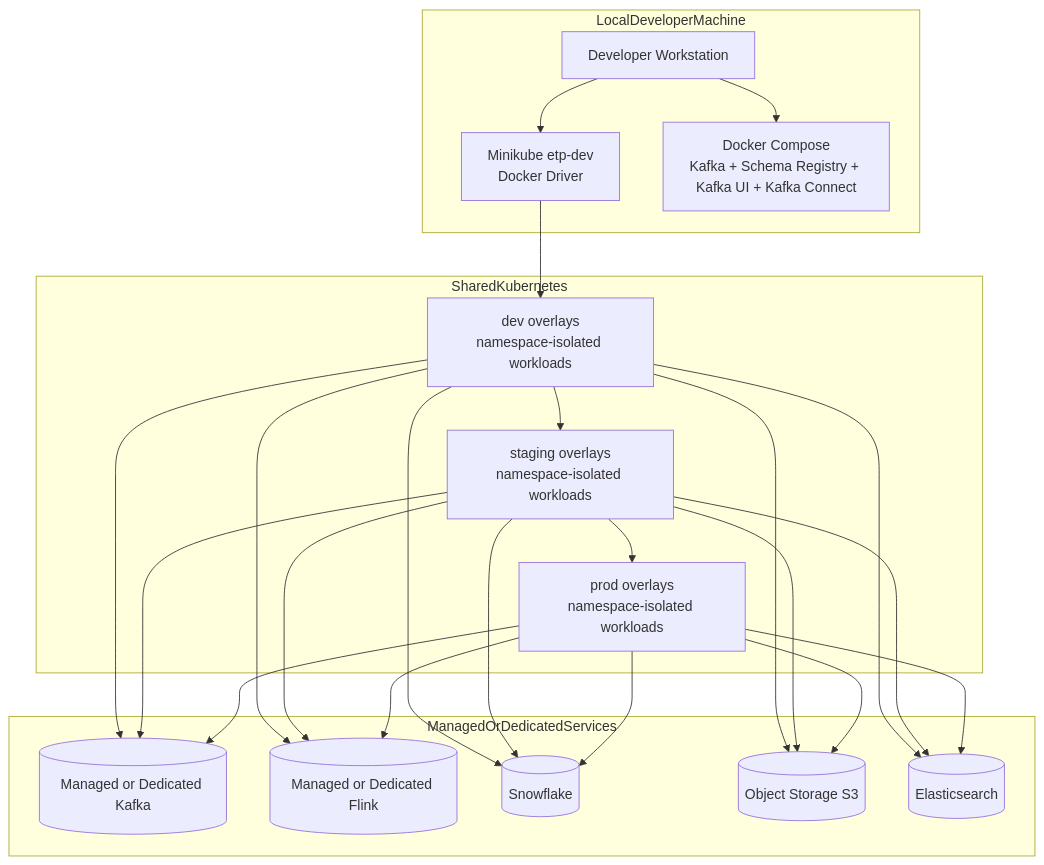
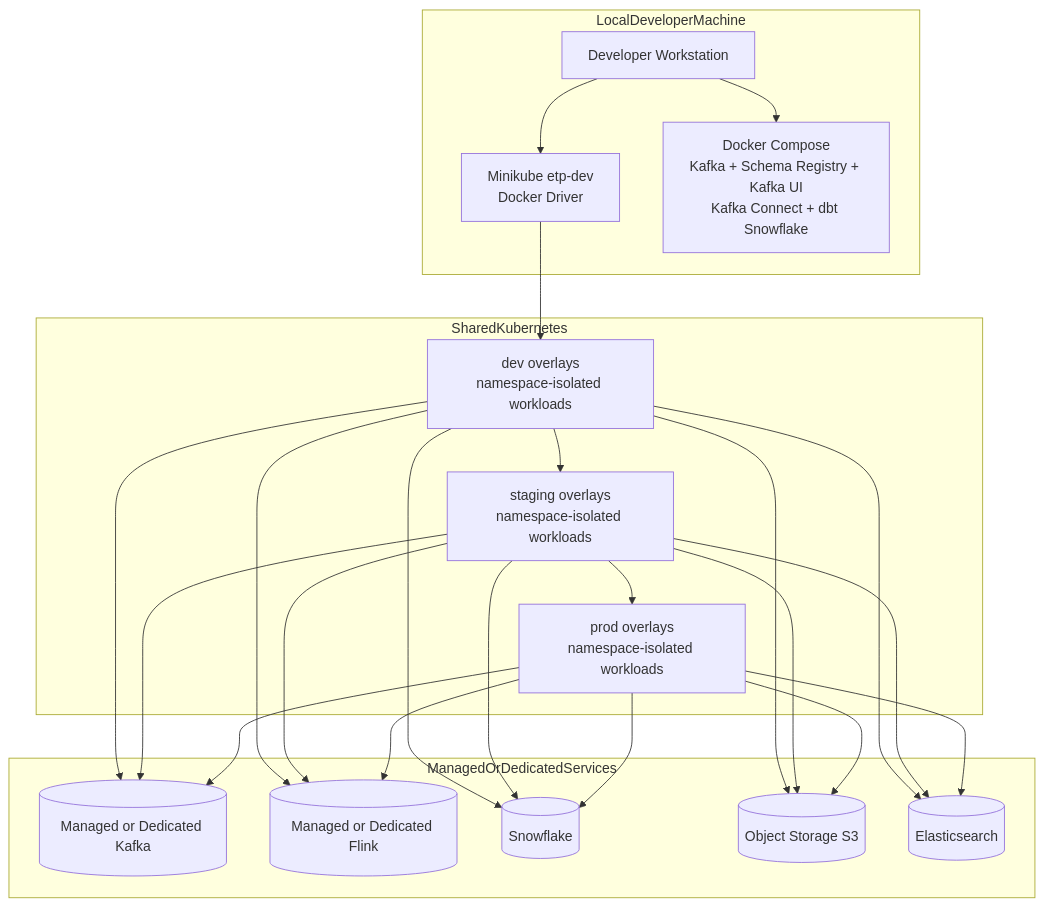
The diagram in docs/architecture/deployment-architecture.md (paulchen8206/Event-Tracking-Platform), drawn with Mermaid before and after one commit. The commit also changed 36 other files, not shown here.

````diff
--- a/docs/architecture/deployment-architecture.md
+++ b/docs/architecture/deployment-architecture.md
@@ -11,49 +11,49 @@
 ```mermaid
 flowchart TB
     subgraph LocalDeveloperMachine
         DEV[Developer Workstation]
         MK[Minikube etp-dev\nDocker Driver]
-        DC[Docker Compose\nKafka + Schema Registry + Kafka UI + Kafka Connect]
+        DC[Docker Compose\nKafka + Schema Registry + Kafka UI\nKafka Connect + dbt Snowflake]
     end
 
     subgraph SharedKubernetes
         DEVNS[dev overlays\nnamespace-isolated workloads]
         STGNS[staging overlays\nnamespace-isolated workloads]
         PRODNS[prod overlays\nnamespace-isolated workloads]
     end
 
     subgraph ManagedOrDedicatedServices
         MKAFKA[(Managed or Dedicated Kafka)]
         MFLINK[(Managed or Dedicated Flink)]
         SNOW[(Snowflake)]
         S3[(Object Storage S3)]
         ES[(Elasticsearch)]
     end
 
     DEV --> MK
     DEV --> DC
 
     MK --> DEVNS
     DEVNS --> STGNS
     STGNS --> PRODNS
 
     DEVNS --> MKAFKA
     STGNS --> MKAFKA
     PRODNS --> MKAFKA
 
     DEVNS --> MFLINK
     STGNS --> MFLINK
     PRODNS --> MFLINK
 
     DEVNS --> SNOW
     STGNS --> SNOW
     PRODNS --> SNOW
 
     DEVNS --> S3
     STGNS --> S3
     PRODNS --> S3
 
     DEVNS --> ES
     STGNS --> ES
     PRODNS --> ES
 ```
````
